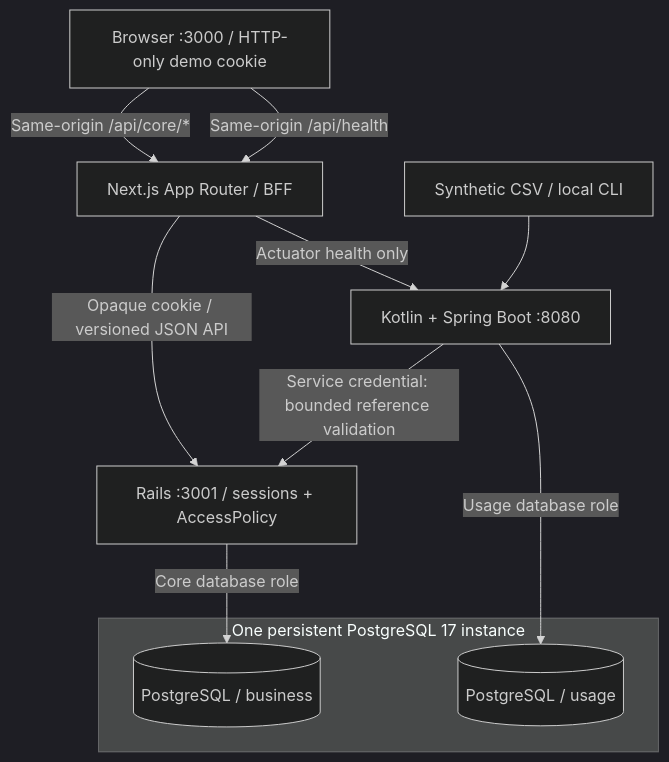
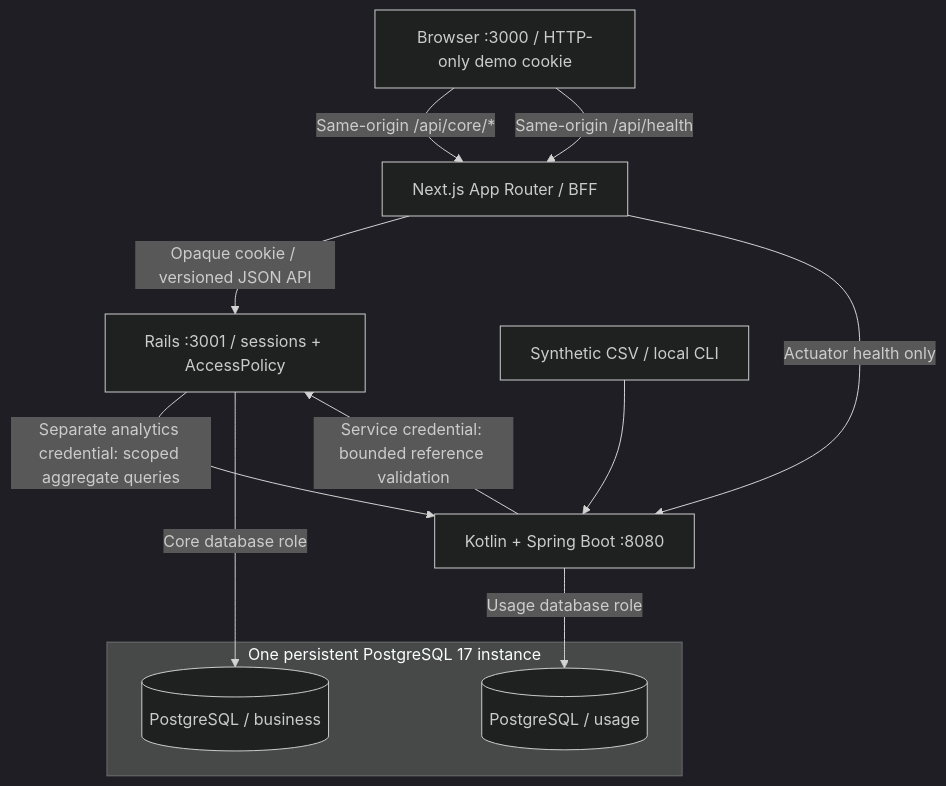
The first of 5 diagrams in docs/architecture.md (aymaanalamgir/tokentrack), drawn with Mermaid (dark theme) before and after one commit. The commit also changed other lines of this file and 69 other files, not shown here.

````diff
--- a/docs/architecture.md
+++ b/docs/architecture.md
@@ -5,15 +5,16 @@
 ```mermaid
 flowchart TB
   Browser["Browser :3000 / HTTP-only demo cookie"] -->|Same-origin /api/core/*| Next["Next.js App Router / BFF"]
   Browser -->|Same-origin /api/health| Next
   Next -->|Opaque cookie / versioned JSON API| Rails["Rails :3001 / sessions + AccessPolicy"]
   Next -->|Actuator health only| Kotlin["Kotlin + Spring Boot :8080"]
   Kotlin -->|Service credential: bounded reference validation| Rails
+  Rails -->|Separate analytics credential: scoped aggregate queries| Kotlin
   CSV["Synthetic CSV / local CLI"] --> Kotlin
   Rails -->|Core database role| Business[("PostgreSQL / business")]
   Kotlin -->|Usage database role| Usage[("PostgreSQL / usage")]
   subgraph Database["One persistent PostgreSQL 17 instance"]
     Business
     Usage
   end
 ```
````
